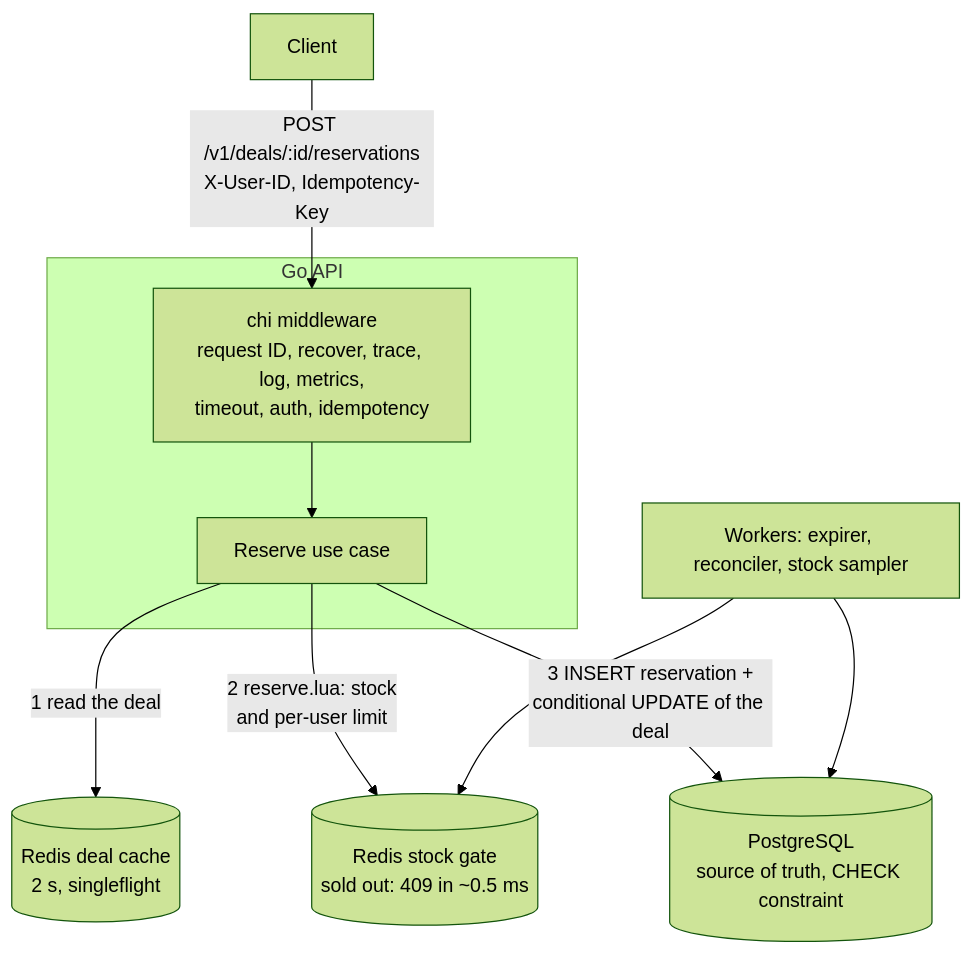
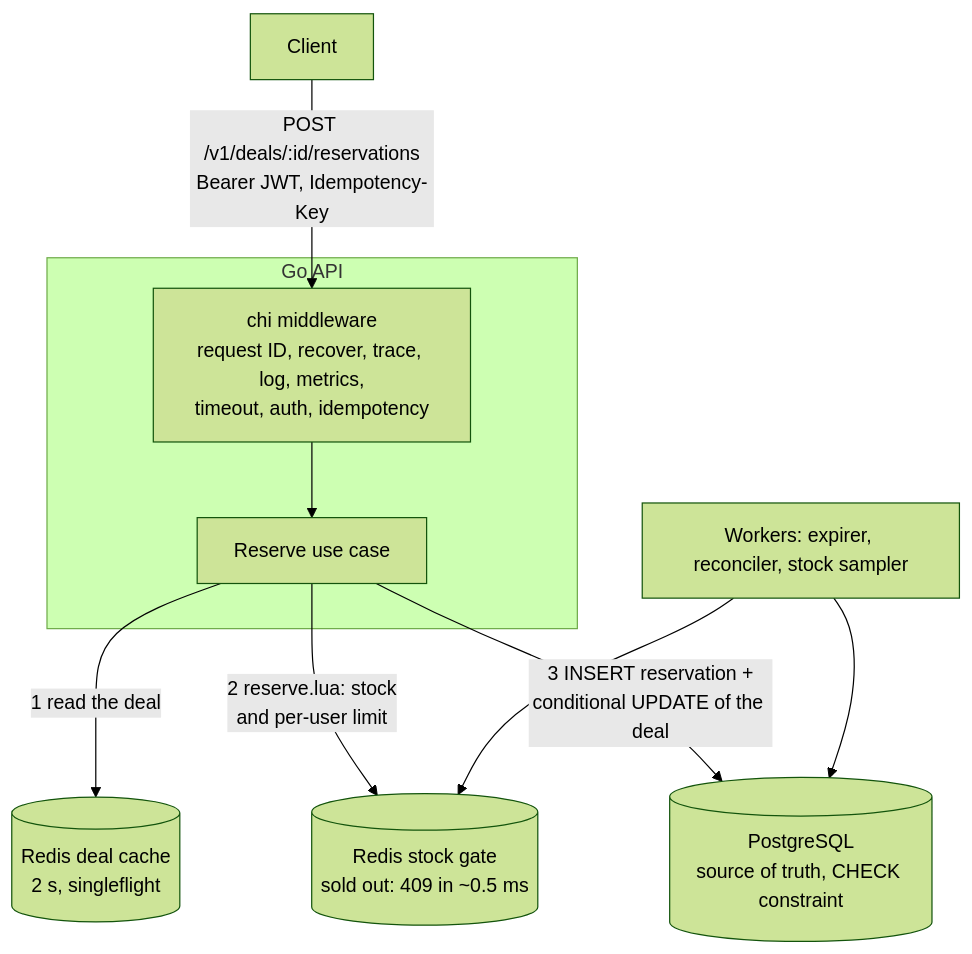
One commit to whoyoshome/flashdeal-service changed the first of 4 diagrams in README.md. Above: the diagram before and after it, drawn with Mermaid (forest theme). The commit also changed other lines of this file and 37 other files, not shown here.

First line of the commit message:
feat(auth): add JWT Bearer auth and Kubernetes manifests

````diff
--- a/README.md
+++ b/README.md
@@ -29,15 +29,15 @@
 ```mermaid
 flowchart TB
-    client["Client"] -->|"POST /v1/deals/:id/reservations<br/>X-User-ID, Idempotency-Key"| mw
+    client["Client"] -->|"POST /v1/deals/:id/reservations<br/>Bearer JWT, Idempotency-Key"| mw
 
     subgraph api["Go API"]
         mw["chi middleware<br/>request ID, recover, trace, log, metrics,<br/>timeout, auth, idempotency"] --> reserve["Reserve use case"]
     end
 
     reserve -->|"1 read the deal"| cache[("Redis deal cache<br/>2 s, singleflight")]
     reserve -->|"2 reserve.lua: stock<br/>and per-user limit"| gate[("Redis stock gate<br/>sold out: 409 in ~0.5 ms")]
     reserve -->|"3 INSERT reservation +<br/>conditional UPDATE of the deal"| pg[("PostgreSQL<br/>source of truth, CHECK constraint")]
 
     workers["Workers: expirer, reconciler, stock sampler"] --> gate
     workers --> pg
 ```
````
